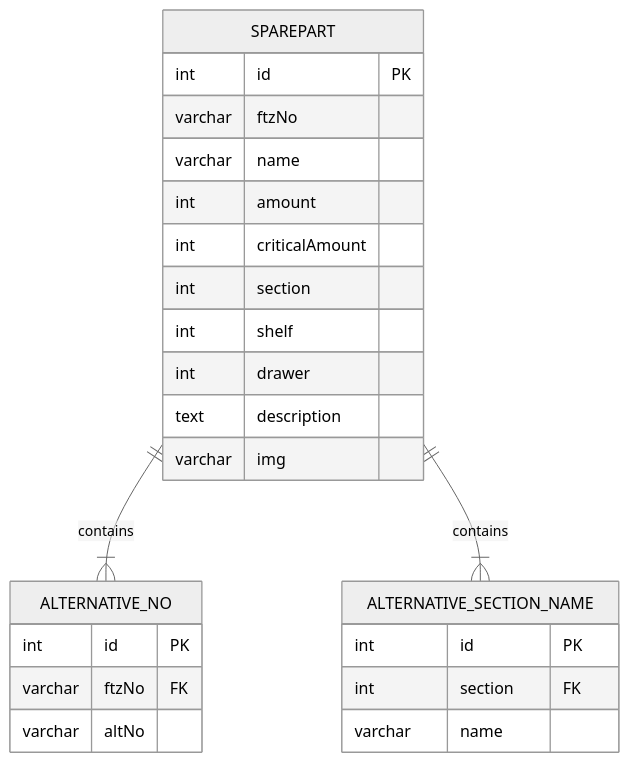
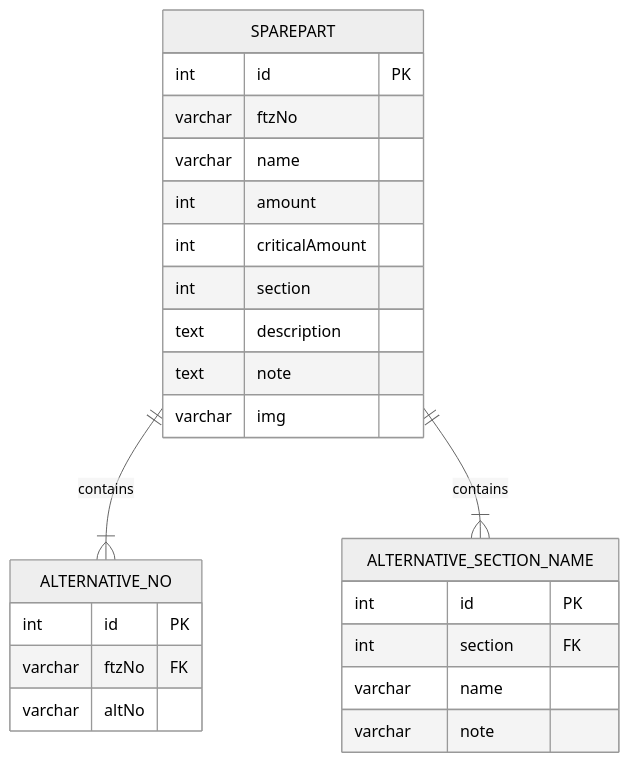
The diagram in README.md (LinusTM/inventory-system), drawn with Mermaid (neutral theme) before and after one commit.

Commit message:
Updated ER

````diff
--- a/README.md
+++ b/README.md
@@ -7,27 +7,27 @@
 ```mermaid
 erDiagram
 SPAREPART ||--|{ ALTERNATIVE_NO : contains
 SPAREPART ||--|{ ALTERNATIVE_SECTION_NAME : contains
 SPAREPART {
 	int id PK
 		varchar ftzNo
 		varchar name
 		int amount
 		int criticalAmount
 		int section
-		int shelf
-		int drawer
 		text description
+		text note
 		varchar img
 	}
 	ALTERNATIVE_NO {
 		int id PK
 			varchar ftzNo FK
 			varchar altNo
 	}
 	ALTERNATIVE_SECTION_NAME {
 		int id PK
 			int section FK
 			varchar name
+			varchar note
 	}
 ```
````
